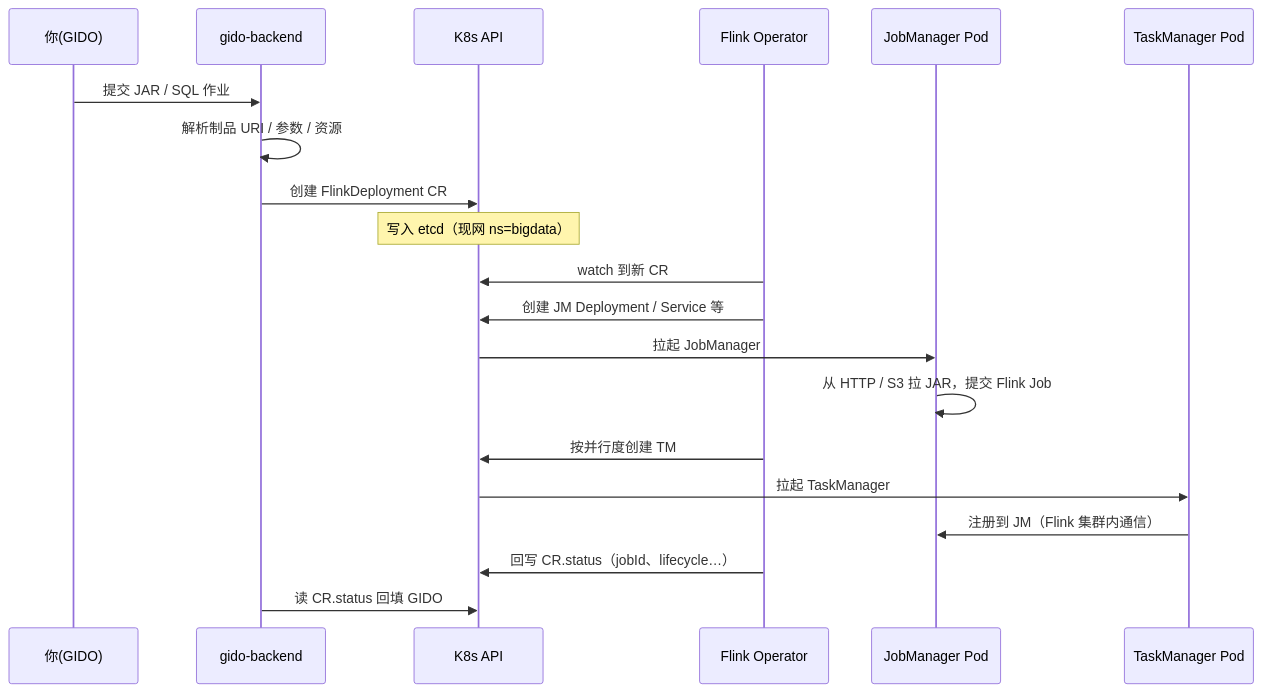
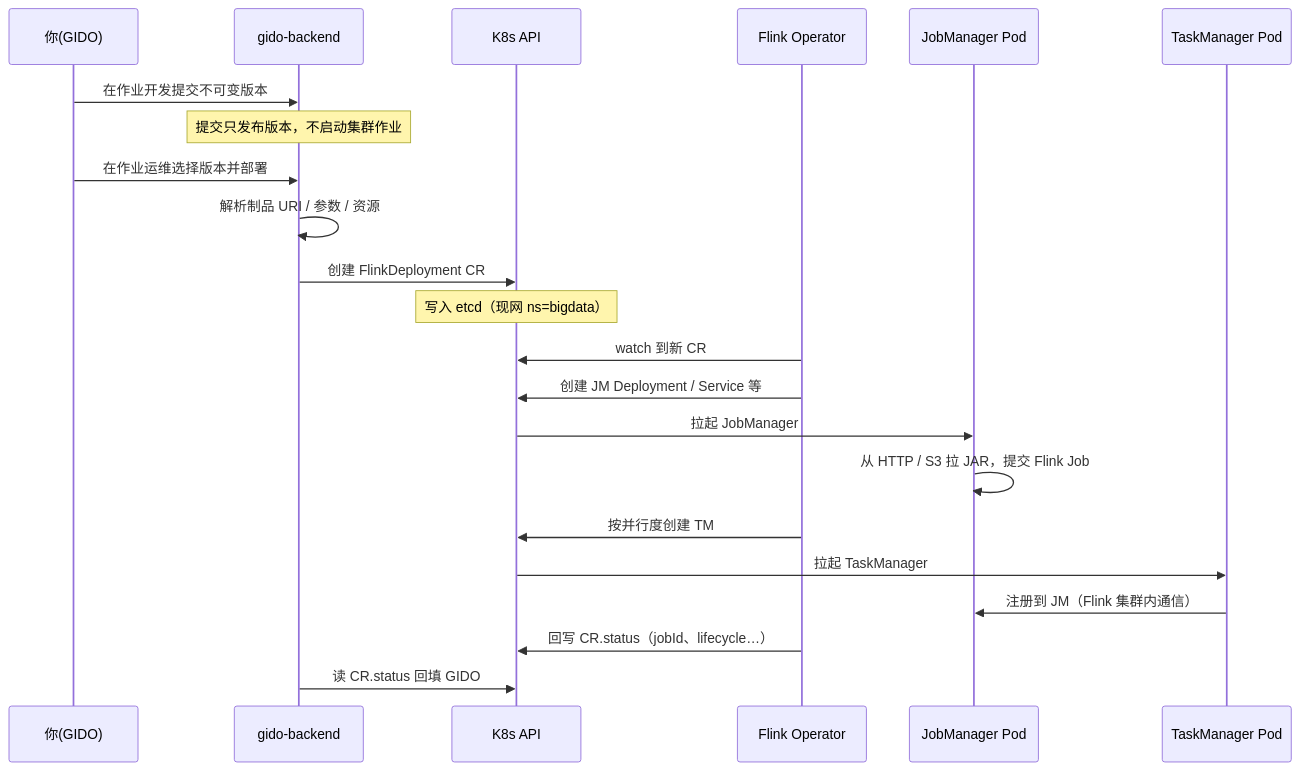
One commit to cloud-gido/gido changed the first of 2 diagrams in docs/FLINK_OPERATOR_FAQ.md. Above: the diagram before and after it, drawn with Mermaid. The commit also changed other lines of this file and 49 other files, not shown here.

````diff
--- a/docs/FLINK_OPERATOR_FAQ.md
+++ b/docs/FLINK_OPERATOR_FAQ.md
@@ -29,23 +29,25 @@
 ```mermaid
 sequenceDiagram
   participant U as 你(GIDO)
   participant B as gido-backend
   participant API as K8s API
   participant OP as Flink Operator
   participant JM as JobManager Pod
   participant TM as TaskManager Pod
 
-  U->>B: 提交 JAR / SQL 作业
+  U->>B: 在作业开发提交不可变版本
+  Note over B: 提交只发布版本，不启动集群作业
+  U->>B: 在作业运维选择版本并部署
   B->>B: 解析制品 URI / 参数 / 资源
   B->>API: 创建 FlinkDeployment CR
   Note over API: 写入 etcd（现网 ns=bigdata）
   OP->>API: watch 到新 CR
   OP->>API: 创建 JM Deployment / Service 等
   API->>JM: 拉起 JobManager
   JM->>JM: 从 HTTP / S3 拉 JAR，提交 Flink Job
   OP->>API: 按并行度创建 TM
   API->>TM: 拉起 TaskManager
   TM->>JM: 注册到 JM（Flink 集群内通信）
   OP->>API: 回写 CR.status（jobId、lifecycle…）
   B->>API: 读 CR.status 回填 GIDO
 ```
````
